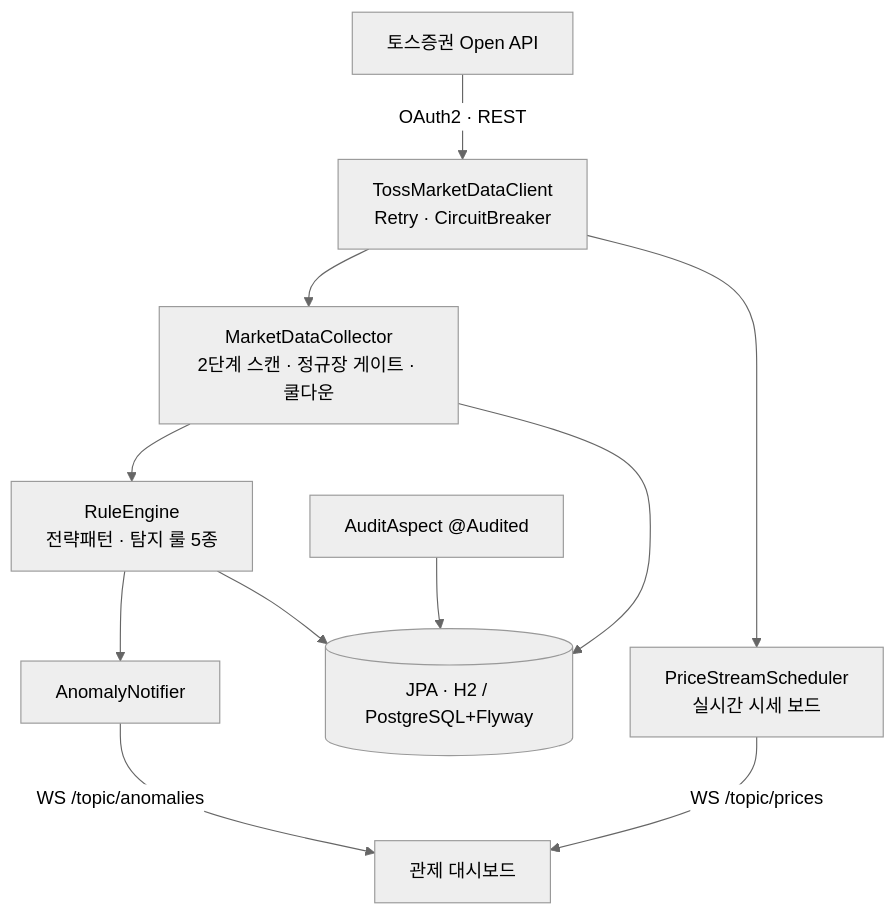
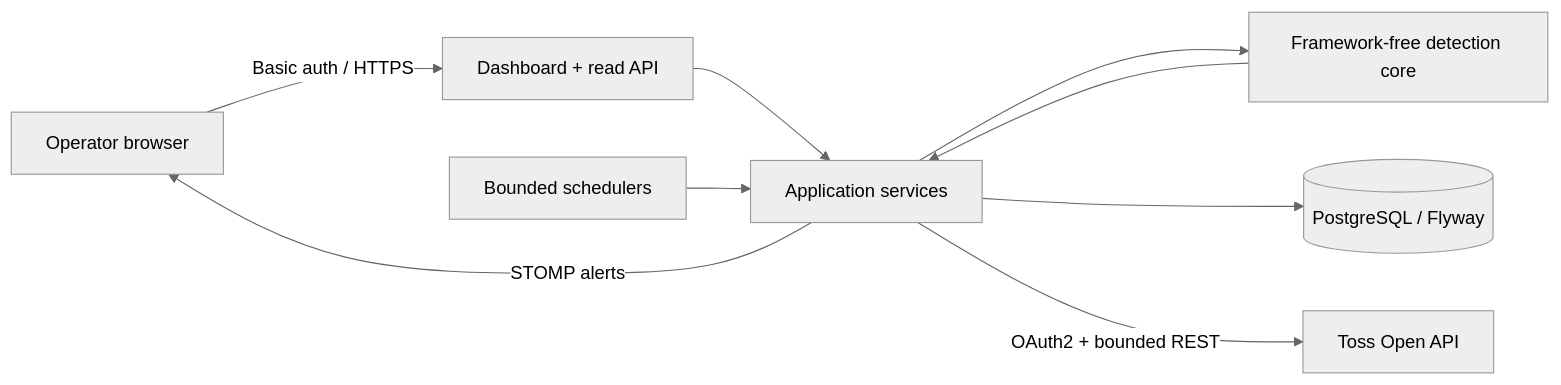
One commit to mytrashcan/MarketGuard changed the diagram in README.md. Above: the diagram before and after it, drawn with Mermaid (neutral theme). The commit also changed other lines of this file and 8 other files, not shown here.

````diff
--- a/README.md
+++ b/README.md
@@ -12,13 +22,11 @@
 ```mermaid
-flowchart TD
-    Toss["토스증권 Open API"] -->|OAuth2 · REST| Client["TossMarketDataClient<br/>Retry · CircuitBreaker"]
-    Client --> Scanner["MarketDataCollector<br/>2단계 스캔 · 정규장 게이트 · 쿨다운"]
-    Client --> Stream["PriceStreamScheduler<br/>실시간 시세 보드"]
-    Scanner --> Engine["RuleEngine<br/>전략패턴 · 탐지 룰 5종"]
-    Engine --> Notifier["AnomalyNotifier"]
-    Notifier -->|WS /topic/anomalies| Board["관제 대시보드"]
-    Stream -->|WS /topic/prices| Board
-    Scanner --> Store[("JPA · H2 / PostgreSQL+Flyway")]
-    Engine --> Store
-    Audit["AuditAspect @Audited"] --> Store
+flowchart LR
+    Browser["Operator browser"] -->|"Basic auth / HTTPS"| Web["Dashboard + read API"]
+    Web --> App["Application services"]
+    Scheduler["Bounded schedulers"] --> App
+    App --> Core["Framework-free detection core"]
+    App --> DB[("PostgreSQL / Flyway")]
+    App -->|"OAuth2 + bounded REST"| Toss["Toss Open API"]
+    Core --> App
+    App -->|"STOMP alerts"| Browser
 ```
````
